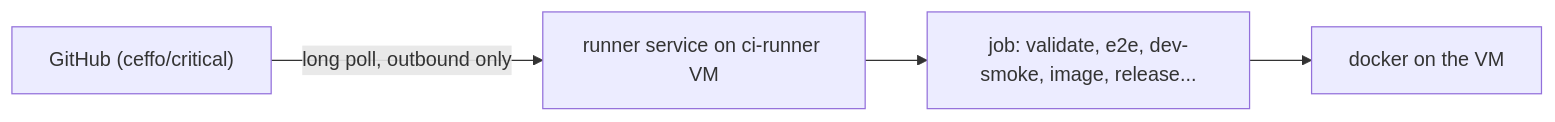
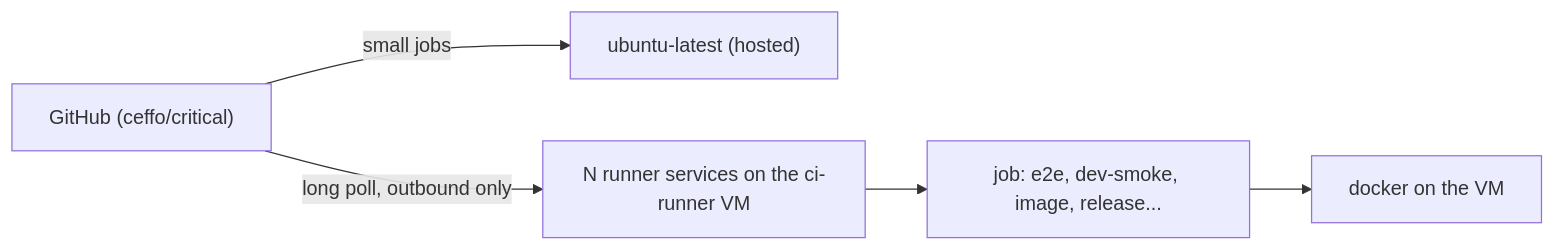
One commit to ceffo/critical changed the diagram in docs/ci-runner.md. Above: the diagram before and after it, drawn with Mermaid. The commit also changed other lines of this file and 4 other files, not shown here.

First line of the commit message:
chore(ci): small jobs back on GitHub-hosted runners, heavy ones ready for several homelab runners (CRI-333) (#693)

````diff
--- a/docs/ci-runner.md
+++ b/docs/ci-runner.md
@@ -8,6 +19,7 @@
 ```mermaid
 flowchart LR
-    GH["GitHub (ceffo/critical)"] -->|"long poll, outbound only"| R["runner service on ci-runner VM"]
-    R --> J["job: validate, e2e, dev-smoke, image, release..."]
+    GH["GitHub (ceffo/critical)"] -->|"small jobs"| H["ubuntu-latest (hosted)"]
+    GH -->|"long poll, outbound only"| R["N runner services on the ci-runner VM"]
+    R --> J["job: e2e, dev-smoke, image, release..."]
     J --> D["docker on the VM"]
 ```
````
